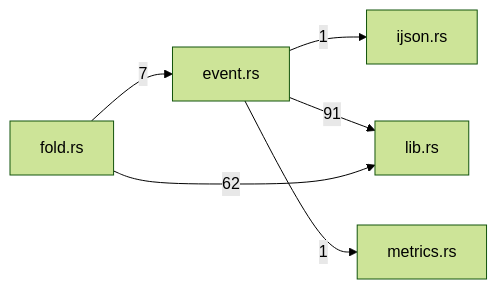
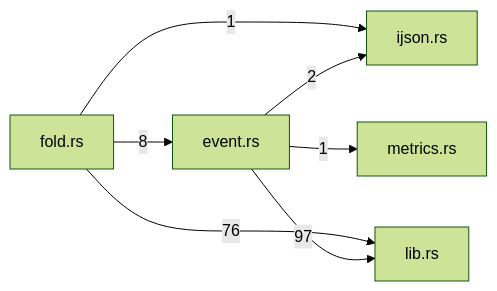
Before and after one commit to TekesApps/TekesKernel: the diagram in crates/schema/docs/generated/index.md, drawn with Mermaid (forest theme). The commit also changed other lines of this file and 48 other files, not shown here.

````diff
--- a/crates/schema/docs/generated/index.md
+++ b/crates/schema/docs/generated/index.md
@@ -55,13 +57,14 @@
 ```mermaid
 flowchart LR
   m0["event.rs"]
   m1["fold.rs"]
   m2["ijson.rs"]
   m3["lib.rs"]
   m4["metrics.rs"]
-  m0 -->|"1"| m2
-  m0 -->|"91"| m3
+  m0 -->|"2"| m2
+  m0 -->|"97"| m3
   m0 -->|"1"| m4
-  m1 -->|"7"| m0
-  m1 -->|"62"| m3
+  m1 -->|"8"| m0
+  m1 -->|"1"| m2
+  m1 -->|"76"| m3
 ```
````
